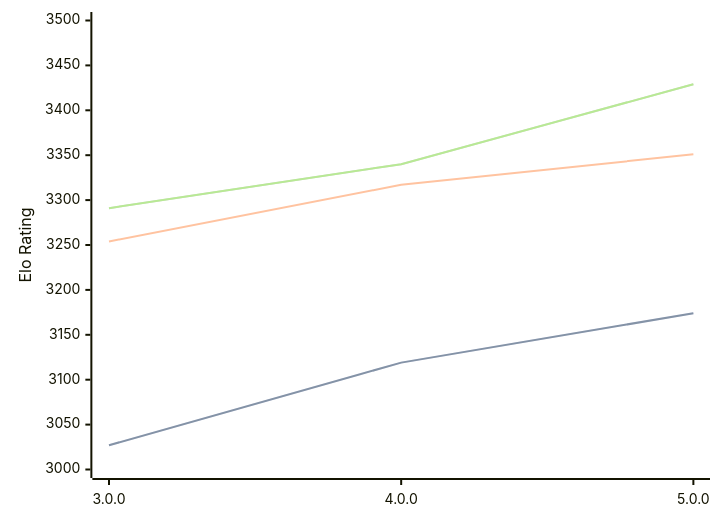
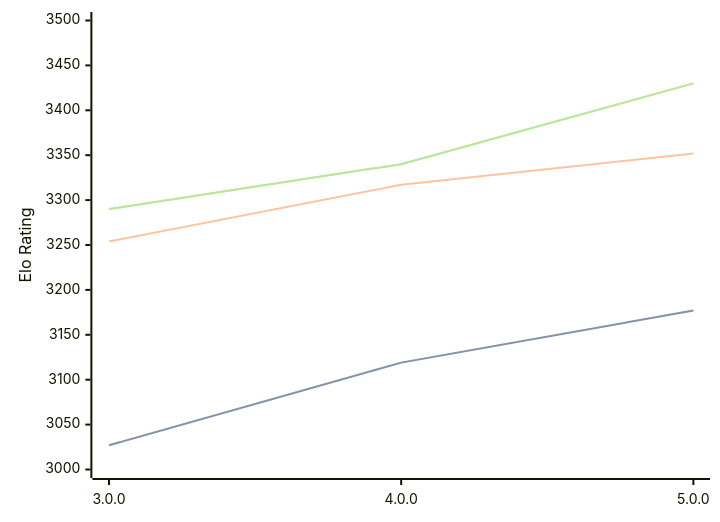
The diagram in engines/Minke.md (computer-chess-index/cci), drawn with Mermaid before and after one commit. The commit also changed other lines of this file, not shown here.

Commit message:
Update CCI Ratings (ELO VLTC) - 2026-02-28

````diff
--- a/engines/Minke.md
+++ b/engines/Minke.md
@@ -33,11 +33,11 @@
 ```mermaid
 %%{init: {"theme":"base","themeVariables":{"seriesColors:['#a3a3a3','#222221','#faa371']}}}%%
 xychart-beta
   x-axis ["3.0.0", "4.0.0", "5.0.0"]
   y-axis "Elo Rating" 3000 --> 3500
-  line "STC (8.0+0.08s)" [3027, 3119, 3174]
-  line "STC (8.0+0.08s)" [3027, 3119, 3174]
-  line "LTC (60.0+0.60s)" [3254, 3317, 3351]
-  line "VLTC (2m24s+1.12s)" [3291, 3340, 3429]
-  line "VLTC (2m24s+1.12s)" [3291, 3340, 3429]
+  line "STC (8.0+0.08s)" [3027, 3119, 3177]
+  line "STC (8.0+0.08s)" [3027, 3119, 3177]
+  line "LTC (60.0+0.60s)" [3254, 3317, 3352]
+  line "VLTC (2m24s+1.12s)" [3290, 3340, 3430]
+  line "VLTC (2m24s+1.12s)" [3290, 3340, 3430]
 ```
````
